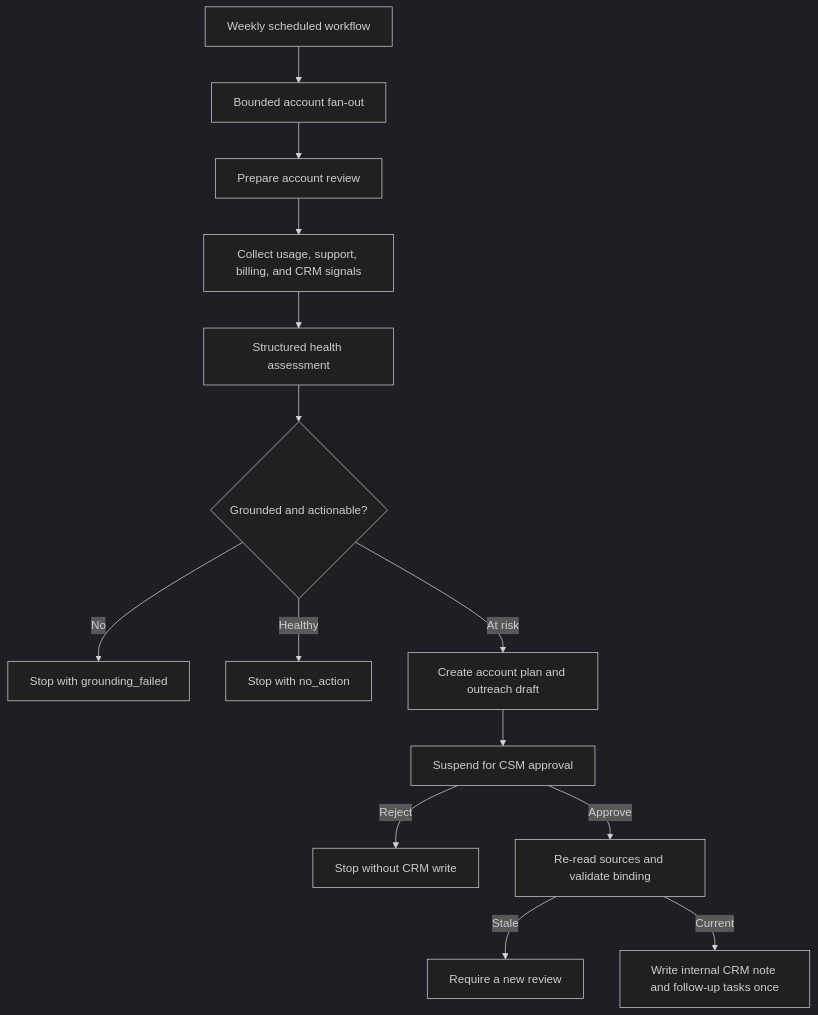
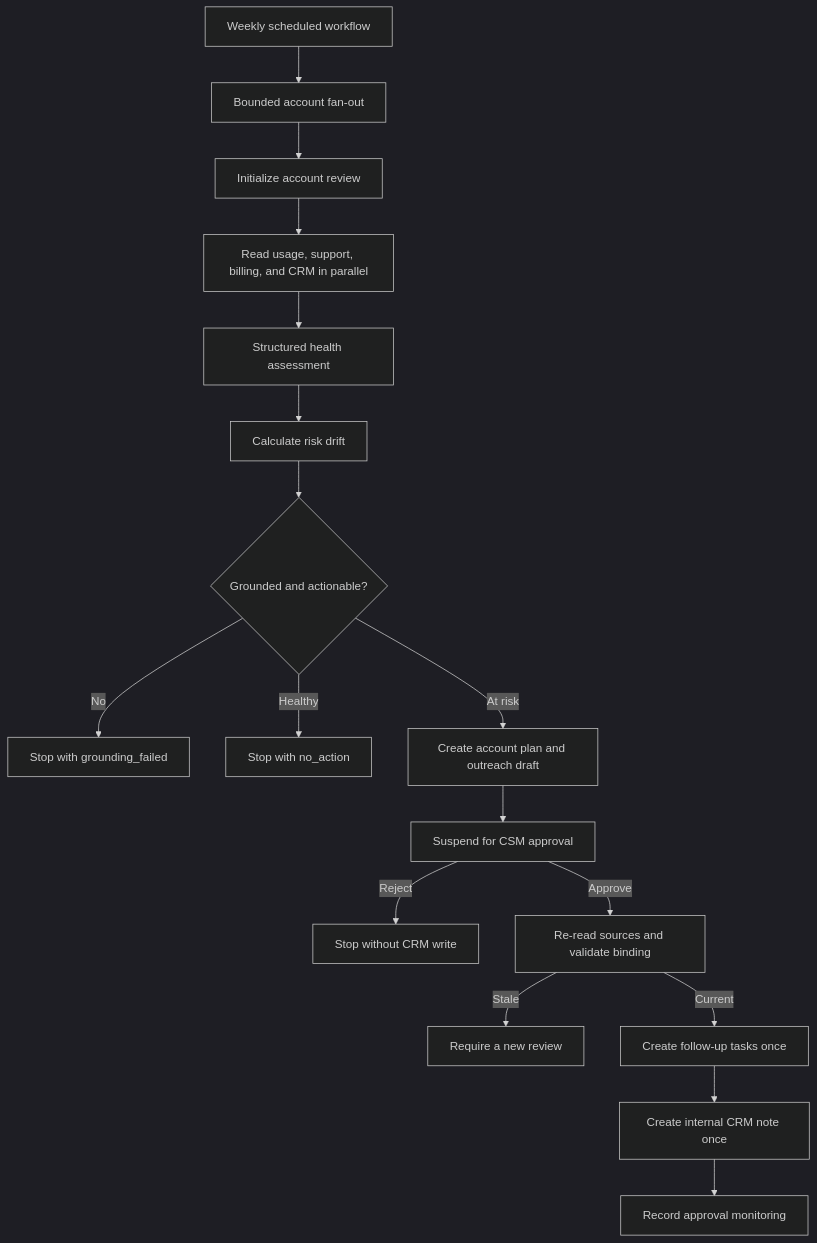
One commit to sanketagarwal/customer-success-agent changed the diagram in docs/mastra-primitives.md. Above: the diagram before and after it, drawn with Mermaid (dark theme). The commit also changed other lines of this file and 40 other files, not shown here.

````diff
--- a/docs/mastra-primitives.md
+++ b/docs/mastra-primitives.md
@@ -10,16 +10,19 @@
 ```mermaid
 flowchart TD
   S[Weekly scheduled workflow] --> F[Bounded account fan-out]
-  F --> P[Prepare account review]
-  P --> C[Collect usage, support, billing, and CRM signals]
+  F --> I[Initialize account review]
+  I --> C[Read usage, support, billing, and CRM in parallel]
   C --> A[Structured health assessment]
-  A --> G{Grounded and actionable?}
+  A --> D[Calculate risk drift]
+  D --> G{Grounded and actionable?}
   G -- No --> X[Stop with grounding_failed]
   G -- Healthy --> H[Stop with no_action]
   G -- At risk --> L[Create account plan and outreach draft]
   L --> U[Suspend for CSM approval]
   U -- Reject --> R[Stop without CRM write]
   U -- Approve --> V[Re-read sources and validate binding]
   V -- Stale --> T[Require a new review]
-  V -- Current --> W[Write internal CRM note and follow-up tasks once]
+  V -- Current --> K[Create follow-up tasks once]
+  K --> W[Create internal CRM note once]
+  W --> M[Record approval monitoring]
 ```
````
